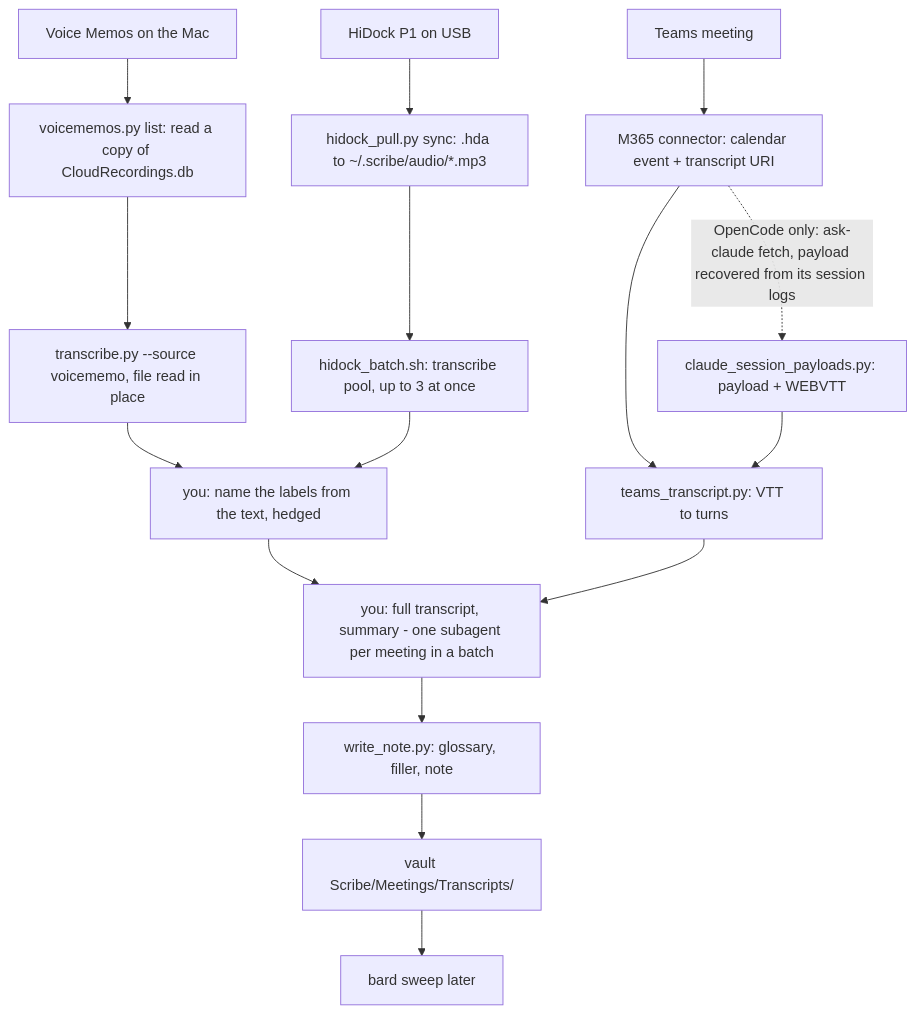
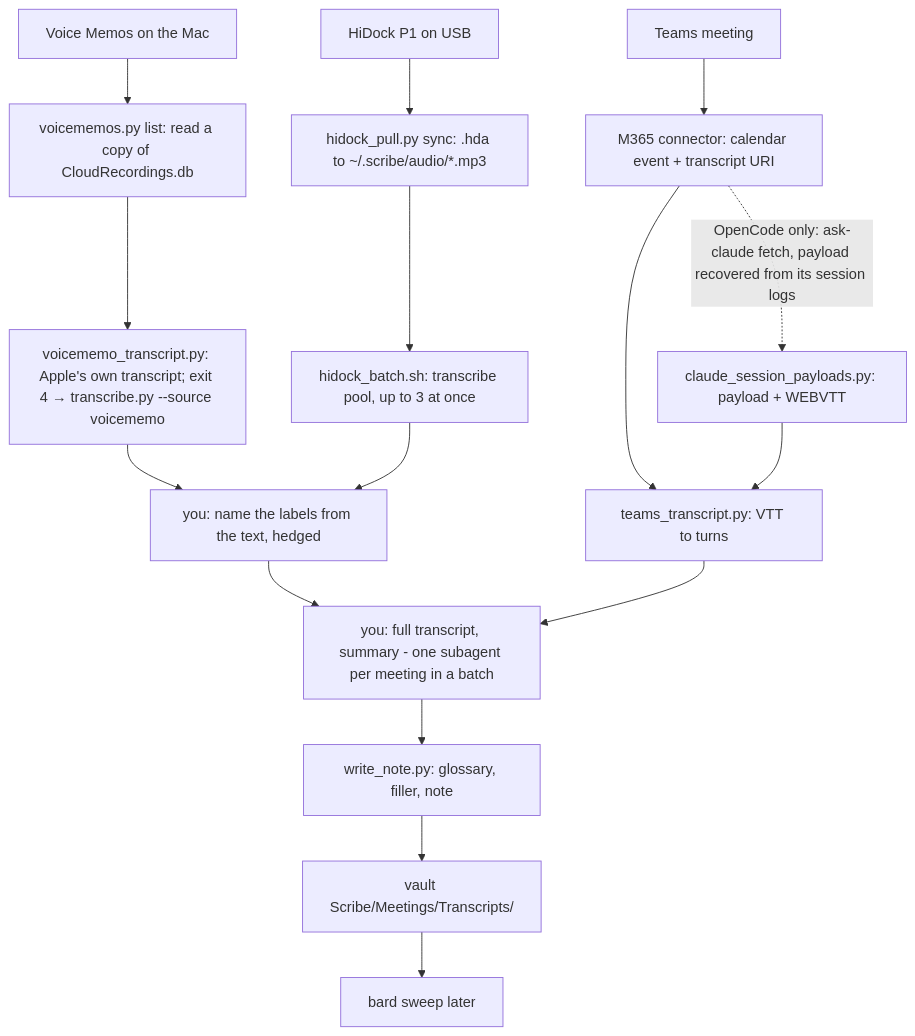
Before and after one commit to acastro2/alex-skills: the diagram in scribe/SKILL.md, drawn with Mermaid. The commit also changed 18 other files, not shown here.

First line of the commit message:
feat(scribe): read Apple's own Voice Memos transcript, whisper as fallback

````diff
--- a/scribe/SKILL.md
+++ b/scribe/SKILL.md
@@ -34,18 +34,18 @@
 ```mermaid
 graph TD
   T[Teams meeting] --> T2[M365 connector: calendar event + transcript URI]
   T2 --> P1[teams_transcript.py: VTT to turns]
   T2 -.OpenCode only: ask-claude fetch, payload recovered from its session logs.-> S[claude_session_payloads.py: payload + WEBVTT]
   S --> P1
   H[HiDock P1 on USB] --> H2[hidock_pull.py sync: .hda to ~/.scribe/audio/*.mp3]
   H2 --> H3[hidock_batch.sh: transcribe pool, up to 3 at once]
   V[Voice Memos on the Mac] --> V2[voicememos.py list: read a copy of CloudRecordings.db]
-  V2 --> V3[transcribe.py --source voicememo, file read in place]
+  V2 --> V3[voicememo_transcript.py: Apple's own transcript; exit 4 → transcribe.py --source voicememo]
   V3 --> H4
   H3 --> H4[you: name the labels from the text, hedged]
   H4 --> C[you: full transcript, summary - one subagent per meeting in a batch]
   P1 --> C
   C --> W[write_note.py: glossary, filler, note]
   W --> O[vault Scribe/Meetings/Transcripts/]
   O --> B[bard sweep later]
 ```
````
